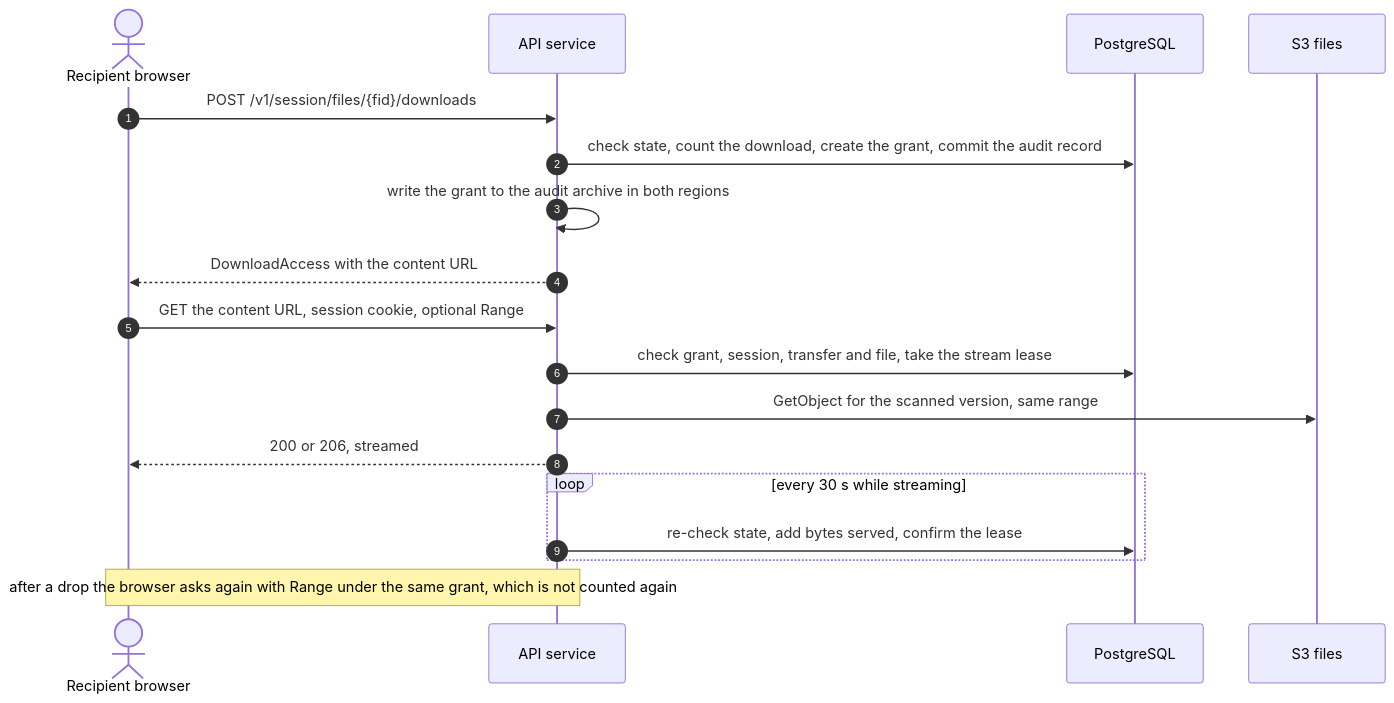
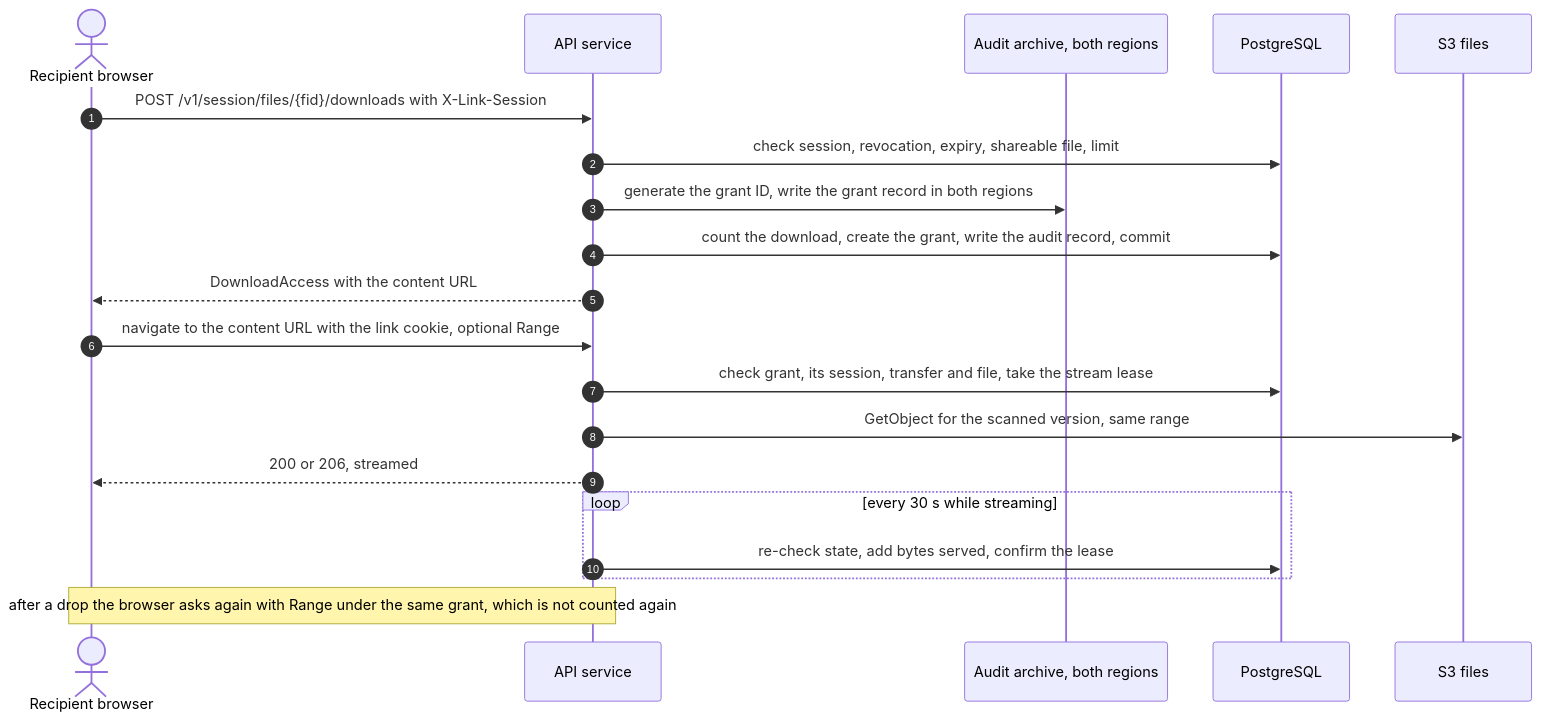
One commit to codewithmuh/secure-file-transfer changed the diagram in docs/security/abuse-and-rate-limits.md. Above: the diagram before and after it, drawn with Mermaid. The commit also changed other lines of this file, not shown here.

````diff
--- a/docs/security/abuse-and-rate-limits.md
+++ b/docs/security/abuse-and-rate-limits.md
@@ -513,20 +530,22 @@
 ```mermaid
 sequenceDiagram
     autonumber
     actor R as Recipient browser
     participant API as API service
+    participant AR as Audit archive, both regions
     participant DB as PostgreSQL
     participant S3 as S3 files
-    R->>API: POST /v1/session/files/{fid}/downloads
-    API->>DB: check state, count the download, create the grant, commit the audit record
-    API->>API: write the grant to the audit archive in both regions
+    R->>API: POST /v1/session/files/{fid}/downloads with X-Link-Session
+    API->>DB: check session, revocation, expiry, shareable file, limit
+    API->>AR: generate the grant ID, write the grant record in both regions
+    API->>DB: count the download, create the grant, write the audit record, commit
     API-->>R: DownloadAccess with the content URL
-    R->>API: GET the content URL, session cookie, optional Range
-    API->>DB: check grant, session, transfer and file, take the stream lease
+    R->>API: navigate to the content URL with the link cookie, optional Range
+    API->>DB: check grant, its session, transfer and file, take the stream lease
     API->>S3: GetObject for the scanned version, same range
     API-->>R: 200 or 206, streamed
     loop every 30 s while streaming
         API->>DB: re-check state, add bytes served, confirm the lease
     end
     Note over R,API: after a drop the browser asks again with Range under the same grant, which is not counted again
 ```
````
